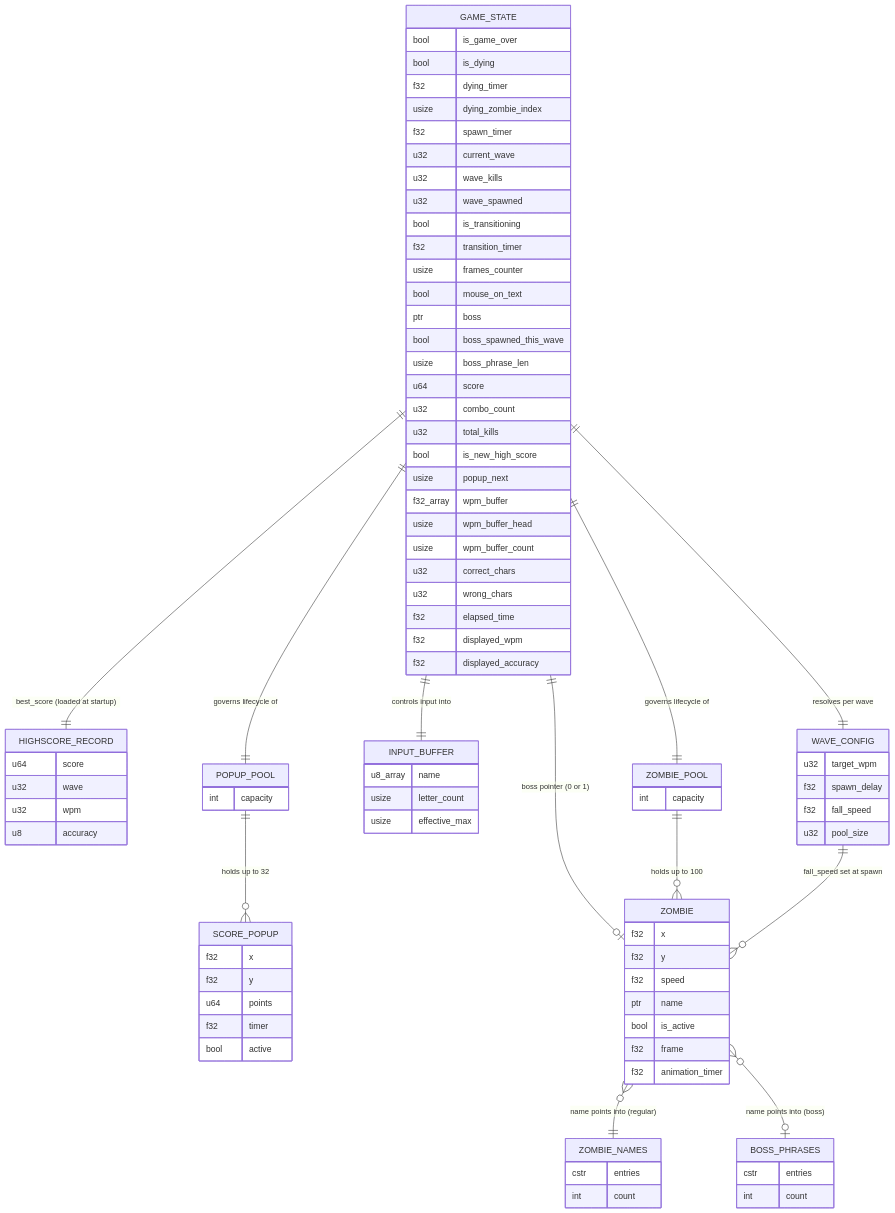
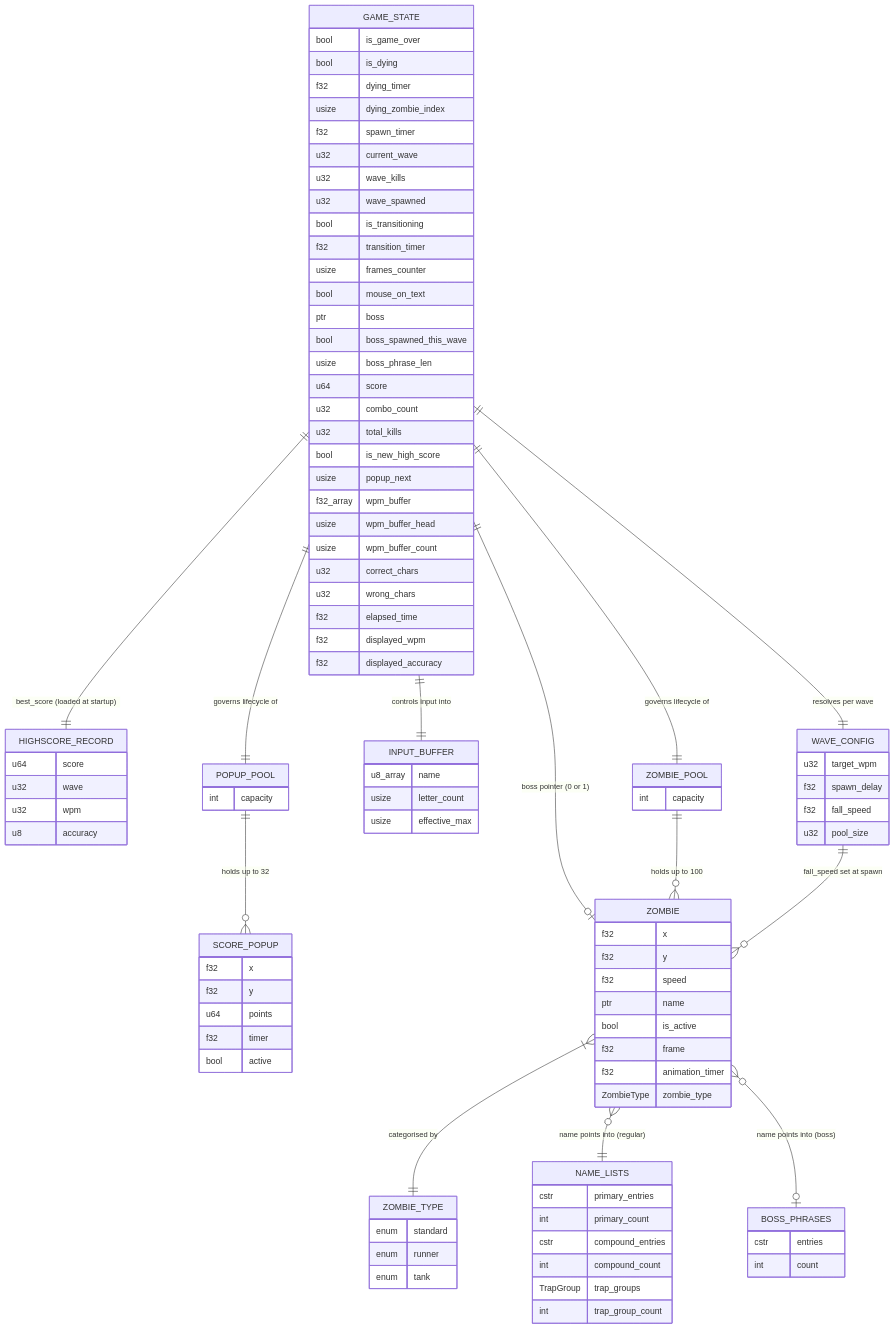
The first of 3 diagrams in specs/specifications/data-model.md (bfernandez31/death-note), drawn with Mermaid before and after one commit. The commit also changed other lines of this file and 4 other files, not shown here.

```diff
--- a/specs/specifications/data-model.md
+++ b/specs/specifications/data-model.md
@@ -113,11 +116,22 @@
         bool is_active
         f32 frame
         f32 animation_timer
+        ZombieType zombie_type
     }
 
-    ZOMBIE_NAMES {
-        cstr entries
-        int count
+    ZOMBIE_TYPE {
+        enum standard
+        enum runner
+        enum tank
+    }
+
+    NAME_LISTS {
+        cstr primary_entries
+        int primary_count
+        cstr compound_entries
+        int compound_count
+        TrapGroup trap_groups
+        int trap_group_count
     }
 
     BOSS_PHRASES {
@@ -139,7 +153,8 @@
     GAME_STATE ||--|| POPUP_POOL : "governs lifecycle of"
     GAME_STATE ||--|| HIGHSCORE_RECORD : "best_score (loaded at startup)"
     ZOMBIE_POOL ||--o{ ZOMBIE : "holds up to 100"
-    ZOMBIE }o--|| ZOMBIE_NAMES : "name points into (regular)"
+    ZOMBIE }|--|| ZOMBIE_TYPE : "categorised by"
+    ZOMBIE }o--|| NAME_LISTS : "name points into (regular)"
     ZOMBIE }o--o| BOSS_PHRASES : "name points into (boss)"
     WAVE_CONFIG ||--o{ ZOMBIE : "fall_speed set at spawn"
     POPUP_POOL ||--o{ SCORE_POPUP : "holds up to 32"
```
